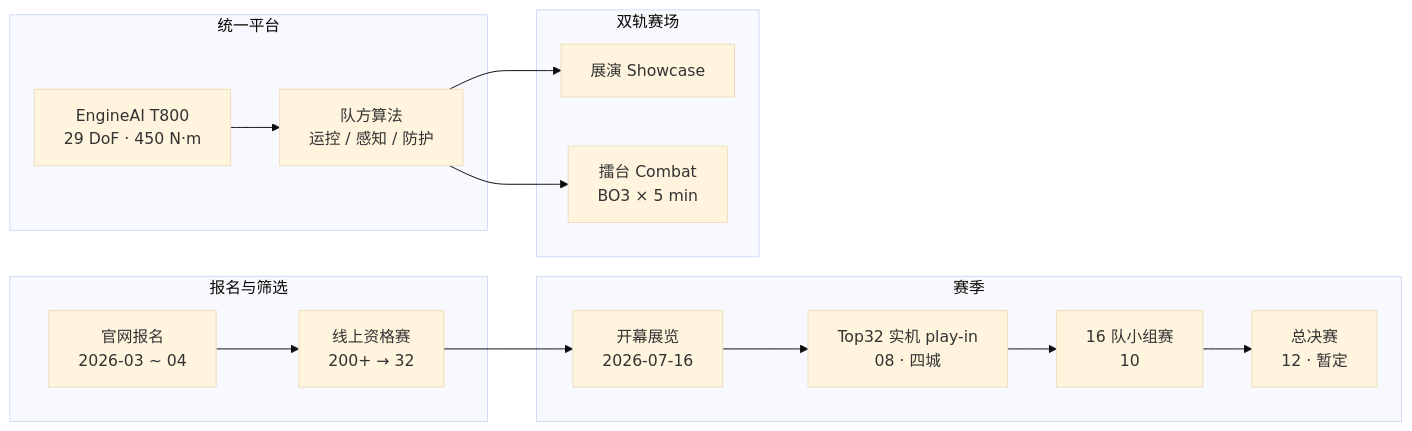
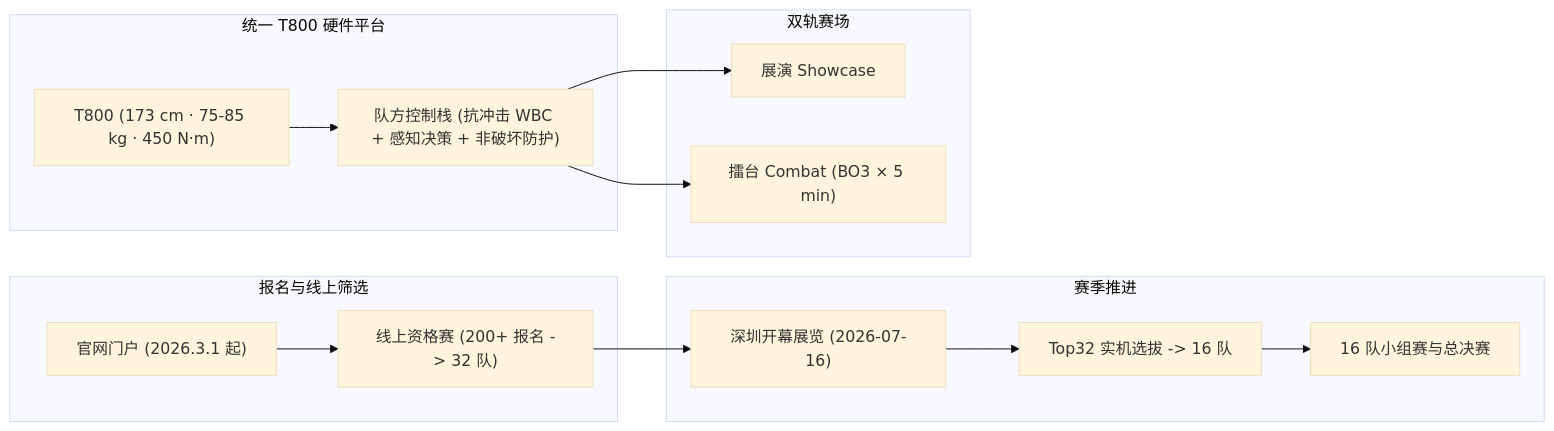
One commit to ImChong/Robotics_Notebooks changed the diagram in wiki/entities/urkl.md. Above: the diagram before and after it, drawn with Mermaid (base theme). The commit also changed other lines of this file and 51 other files, not shown here.

````diff
--- a/wiki/entities/urkl.md
+++ b/wiki/entities/urkl.md
@@ -48,26 +55,25 @@
 ```mermaid
 flowchart LR
-  subgraph reg [报名与筛选]
-    WEB["官网报名<br/>2026-03 ~ 04"]
-    ONLINE["线上资格赛<br/>200+ → 32"]
+  subgraph reg [报名与线上筛选]
+    WEB["官网门户 (2026.3.1 起)"]
+    ONLINE["线上资格赛 (200+ 报名 -> 32 队)"]
     WEB --> ONLINE
   end
-  subgraph season [赛季]
-    OPEN["开幕展览<br/>2026-07-16"]
-    PLAYIN["Top32 实机 play-in<br/>08 · 四城"]
-    GROUP["16 队小组赛<br/>10"]
-    FINAL["总决赛<br/>12 · 暂定"]
-    ONLINE --> OPEN --> PLAYIN --> GROUP --> FINAL
+  subgraph season [赛季推进]
+    OPEN["深圳开幕展览 (2026-07-16)"]
+    PLAYIN["Top32 实机选拔 -> 16 队"]
+    GROUP["16 队小组赛与总决赛"]
+    ONLINE --> OPEN --> PLAYIN --> GROUP
   end
-  subgraph platform [统一平台]
-    T800["EngineAI T800<br/>29 DoF · 450 N·m"]
-    ALG["队方算法<br/>运控 / 感知 / 防护"]
+  subgraph platform [统一 T800 硬件平台]
+    T800["T800 (173 cm · 75-85 kg · 450 N·m)"]
+    ALG["队方控制栈 (抗冲击 WBC + 感知决策 + 非破坏防护)"]
     T800 --> ALG
   end
   subgraph arena [双轨赛场]
     EXPO["展演 Showcase"]
-    FIGHT["擂台 Combat<br/>BO3 × 5 min"]
+    FIGHT["擂台 Combat (BO3 × 5 min)"]
     ALG --> EXPO
     ALG --> FIGHT
   end
 ```
````
